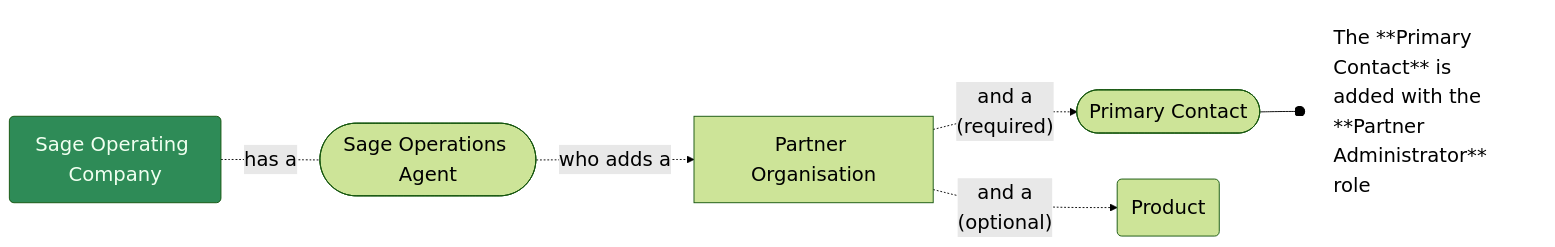
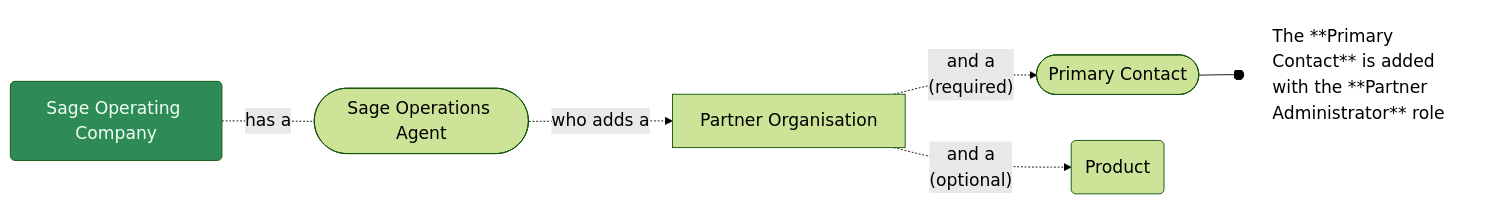
One commit to joe-dorward/samples changed the diagram in 2025_Sage/01_Scenario - Partner organisation.mdx. Above: the diagram before and after it, drawn with Mermaid.

Commit message:
Update 01_Scenario - Partner organisation.mdx

````diff
--- a/2025_Sage/01_Scenario - Partner organisation.mdx
+++ b/2025_Sage/01_Scenario - Partner organisation.mdx
@@ -2,26 +2,26 @@
 ```mermaid
 %%{
   init: {
     'theme': 'forest',
     'themeVariables': {
-      'fontSize':'16pt'
+      'fontSize':'14pt'
     }
   }
 }%%
 flowchart LR
  %%classDef Note fill:pink, stroke:white, text-align:left, font-size:12pt, width:400px, margin:0px, padding:10px;
  classDef Sage fill:seagreen, color:honeydew;
  classDef Note fill:white, stroke:white, text-align:left;
 
   SAGE_OPERATING_COMPANY_01(Sage Operating Company)-.has a.-
   SAGE_OPERATIONS_AGENT_01([Sage Operations Agent])-.who adds a.->
   PARTNER_ORGANISATION_01[Partner Organisation]-.and a<br/>(required).->
   PRIMARY_CONTACT_01([Primary Contact])--o
   PRIMARY_CONTACT_01_NOTE[The **Primary Contact** is added with the **Partner Administrator** role]
 
   PARTNER_ORGANISATION_01-.and a<br/>(optional).->
   PRODUCT_01(Product)
 
   class SAGE_OPERATING_COMPANY_01 Sage
   class PRIMARY_CONTACT_01_NOTE Note
 ```
````
